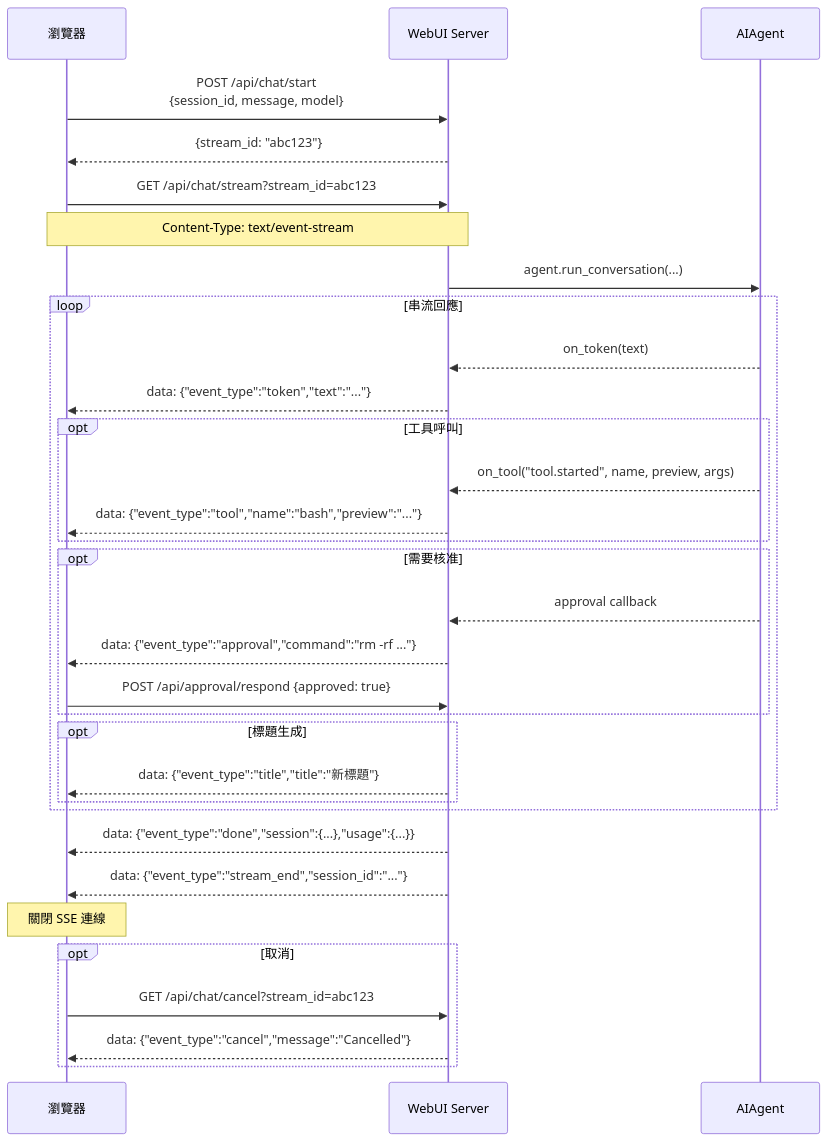
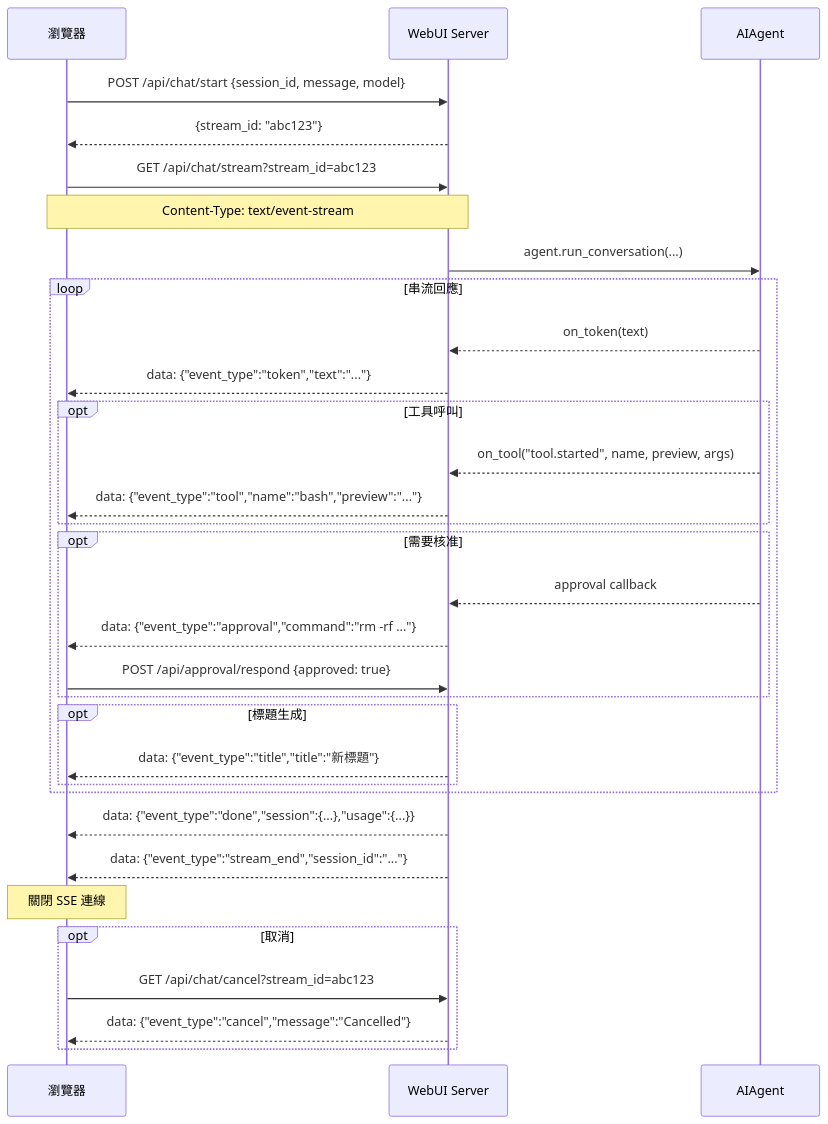
Before and after one commit to pichiu/hermes-webui: the diagram in .trace/API_SURFACE_part1.md, drawn with Mermaid. The commit also changed other lines of this file, not shown here.

Commit message:
trace: update API_SURFACE_part1.md with expanded Core section

````diff
--- a/.trace/API_SURFACE_part1.md
+++ b/.trace/API_SURFACE_part1.md
@@ -175,43 +164,43 @@
 ```mermaid
 sequenceDiagram
     participant C as 瀏覽器
     participant S as WebUI Server
     participant A as AIAgent
 
-    C->>S: POST /api/chat/start<br/>{session_id, message, model}
+    C->>S: POST /api/chat/start {session_id, message, model}
     S-->>C: {stream_id: "abc123"}
 
     C->>S: GET /api/chat/stream?stream_id=abc123
     Note over S,C: Content-Type: text/event-stream
 
     S->>A: agent.run_conversation(...)
 
     loop 串流回應
         A-->>S: on_token(text)
         S-->>C: data: {"event_type":"token","text":"..."}
 
         opt 工具呼叫
             A-->>S: on_tool("tool.started", name, preview, args)
             S-->>C: data: {"event_type":"tool","name":"bash","preview":"..."}
         end
 
         opt 需要核准
             A-->>S: approval callback
             S-->>C: data: {"event_type":"approval","command":"rm -rf ..."}
             C->>S: POST /api/approval/respond {approved: true}
         end
 
         opt 標題生成
             S-->>C: data: {"event_type":"title","title":"新標題"}
         end
     end
 
     S-->>C: data: {"event_type":"done","session":{...},"usage":{...}}
     S-->>C: data: {"event_type":"stream_end","session_id":"..."}
     Note over C: 關閉 SSE 連線
 
     opt 取消
         C->>S: GET /api/chat/cancel?stream_id=abc123
         S-->>C: data: {"event_type":"cancel","message":"Cancelled"}
     end
 ```
````
